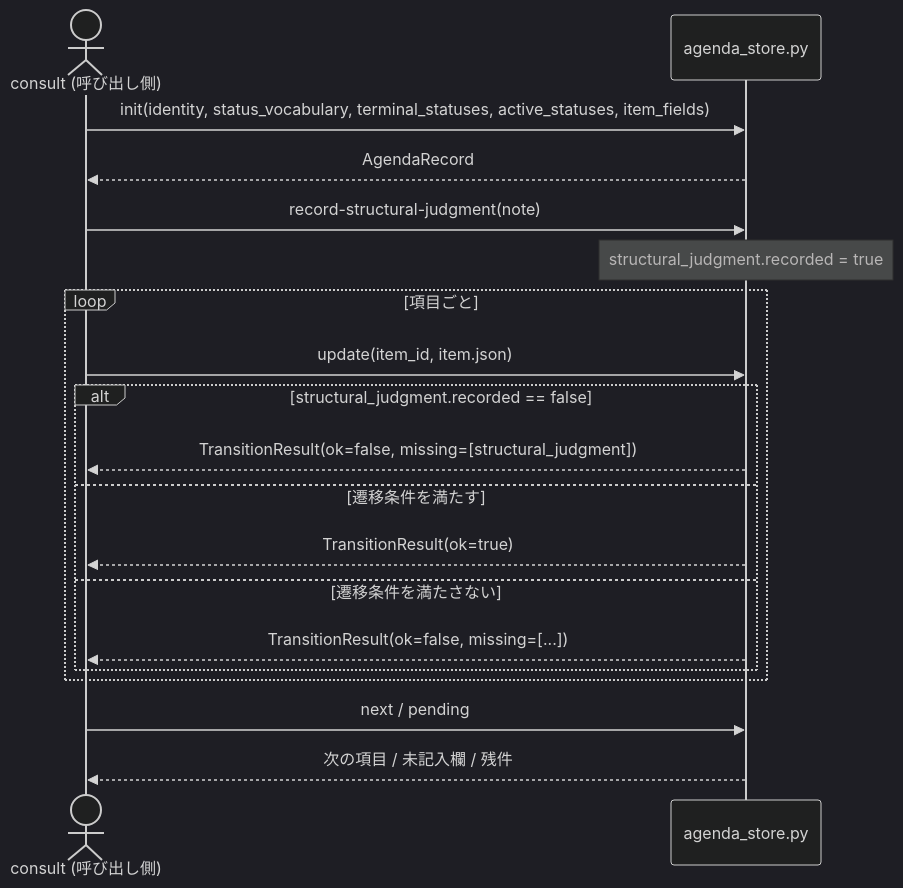
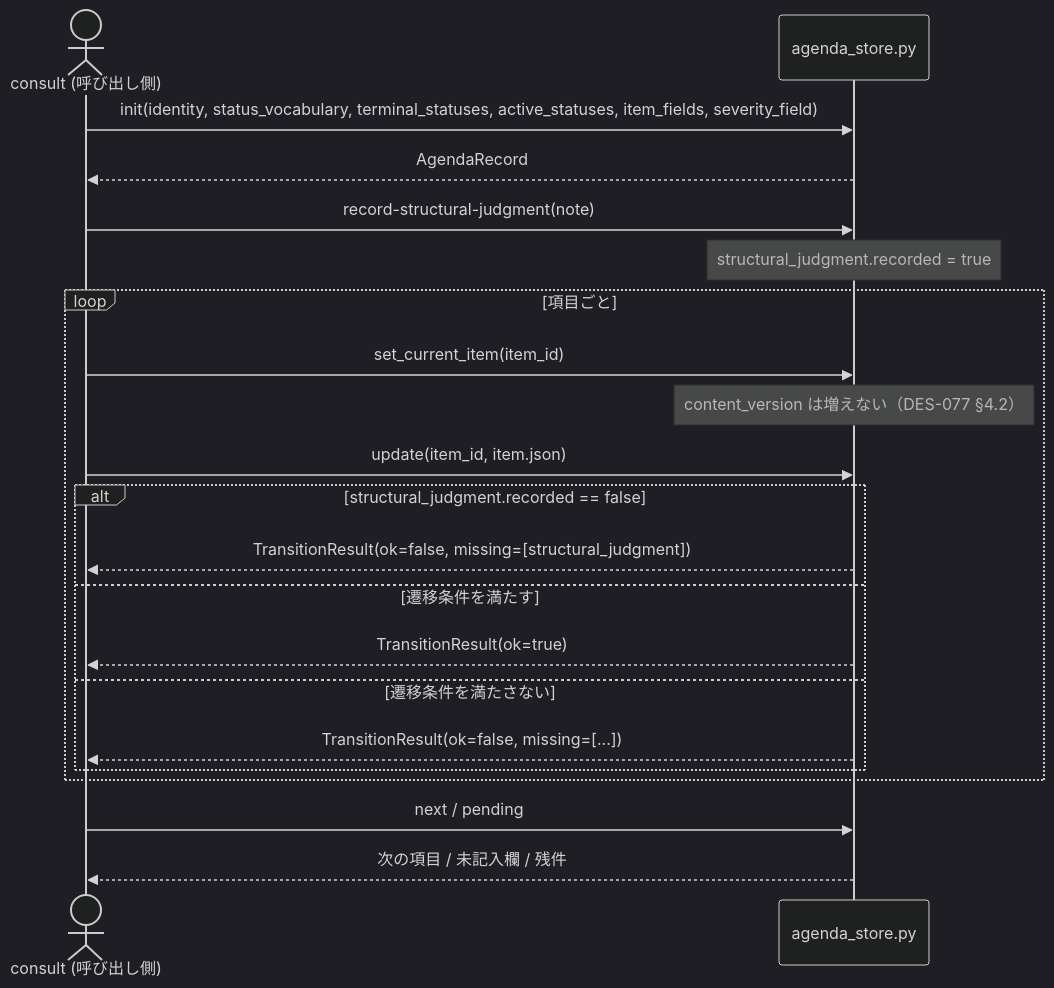
One commit to BlueEventHorizon/bw-cc-plugins changed the third of 3 diagrams in docs/specs/consult/agenda/design/DES-075_agenda_mechanism_design.md. Above: the diagram before and after it, drawn with Mermaid (dark theme). The commit also changed other lines of this file and 1 other file, not shown here.

First line of the commit message:
docs: agenda表示層設計をDES-077に分離し、DES-075をcurrent_item_id/content_version・severity_fieldで拡張

````diff
--- a/docs/specs/consult/agenda/design/DES-075_agenda_mechanism_design.md
+++ b/docs/specs/consult/agenda/design/DES-075_agenda_mechanism_design.md
@@ -275,25 +292,27 @@
 ```mermaid
 sequenceDiagram
     actor Consult as consult (呼び出し側)
     participant Store as agenda_store.py
 
-    Consult ->> Store: init(identity, status_vocabulary, terminal_statuses, active_statuses, item_fields)
+    Consult ->> Store: init(identity, status_vocabulary, terminal_statuses, active_statuses, item_fields, severity_field)
     Store -->> Consult: AgendaRecord
 
     Consult ->> Store: record-structural-judgment(note)
     Note over Store: structural_judgment.recorded = true
 
     loop 項目ごと
+        Consult ->> Store: set_current_item(item_id)
+        Note over Store: content_version は増えない（DES-077 §4.2）
         Consult ->> Store: update(item_id, item.json)
         alt structural_judgment.recorded == false
             Store -->> Consult: TransitionResult(ok=false, missing=[structural_judgment])
         else 遷移条件を満たす
             Store -->> Consult: TransitionResult(ok=true)
         else 遷移条件を満たさない
             Store -->> Consult: TransitionResult(ok=false, missing=[...])
         end
     end
 
     Consult ->> Store: next / pending
     Store -->> Consult: 次の項目 / 未記入欄 / 残件
 ```
````
